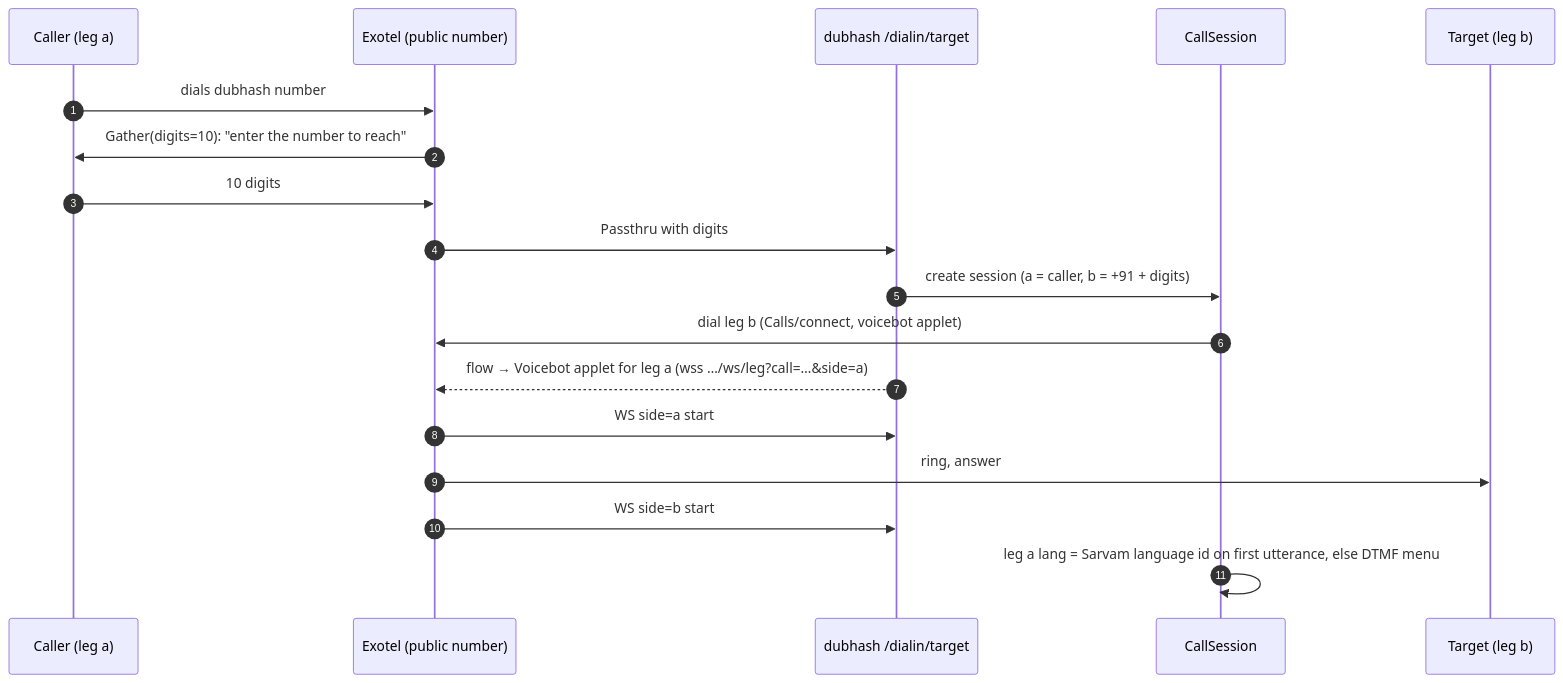
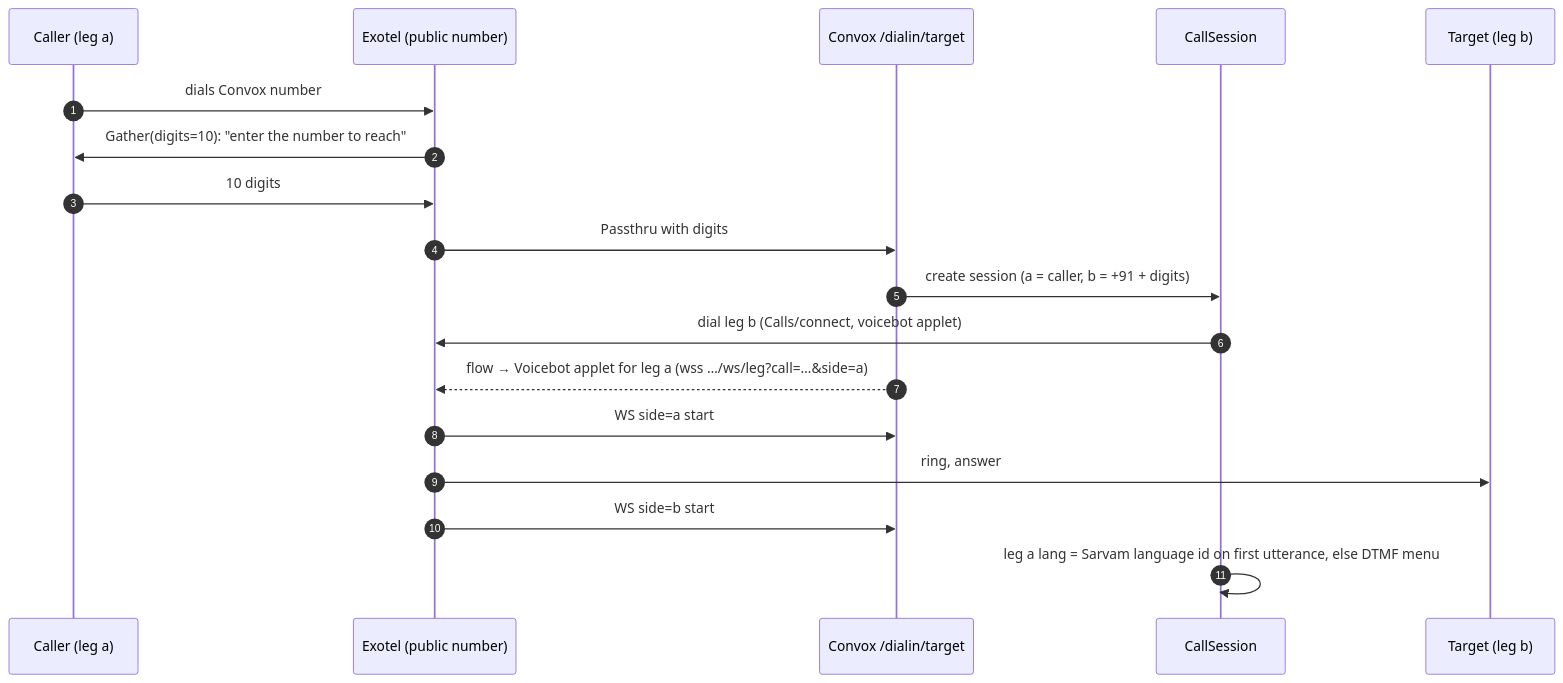
One commit to rohansx/convox changed the second of 2 diagrams in docs/tech-spec/api.md. Above: the diagram before and after it, drawn with Mermaid. The commit also changed other lines of this file and 401 other files, not shown here.

````diff
--- a/docs/tech-spec/api.md
+++ b/docs/tech-spec/api.md
@@ -394,20 +394,20 @@
 ```mermaid
 sequenceDiagram
     autonumber
     participant C as Caller (leg a)
     participant X as Exotel (public number)
-    participant D as dubhash /dialin/target
+    participant D as Convox /dialin/target
     participant S as CallSession
     participant T as Target (leg b)
-    C->>X: dials dubhash number
+    C->>X: dials Convox number
     X->>C: Gather(digits=10): "enter the number to reach"
     C->>X: 10 digits
     X->>D: Passthru with digits
     D->>S: create session (a = caller, b = +91 + digits)
     S->>X: dial leg b (Calls/connect, voicebot applet)
     D-->>X: flow → Voicebot applet for leg a (wss …/ws/leg?call=…&side=a)
     X->>D: WS side=a start
     X->>T: ring, answer
     X->>D: WS side=b start
     S->>S: leg a lang = Sarvam language id on first utterance, else DTMF menu
 ```
````
